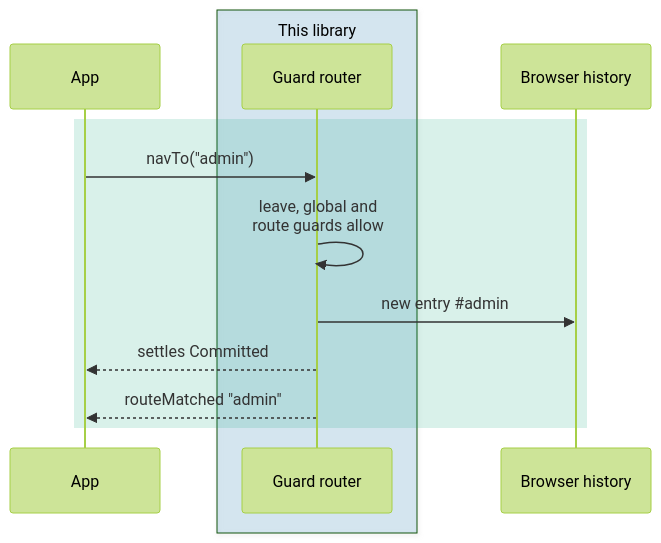
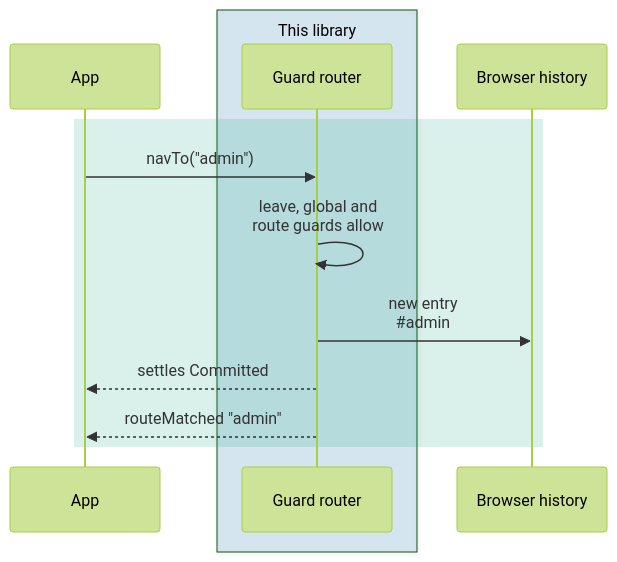
Before and after one commit to wridgeu/ui5-lib-guard-router: the fourth of 9 diagrams in packages/lib/README.md, drawn with Mermaid (forest theme). The commit also changed other lines of this file and 12 other files, not shown here.

````diff
--- a/packages/lib/README.md
+++ b/packages/lib/README.md
@@ -1015,15 +1194,15 @@
 ```mermaid
 sequenceDiagram
     participant App
     box rgba(0, 114, 178, 0.15) This library
         participant Router as Guard router
     end
     participant History as Browser history
     rect rgba(0, 158, 115, 0.15)
         App->>Router: navTo("admin")
         Router->>Router: leave, global and<br/>route guards allow
-        Router->>History: new entry #35;admin
+        Router->>History: new entry<br/>#35;admin
         Router-->>App: settles Committed
         Router-->>App: routeMatched "admin"
     end
 ```
````
